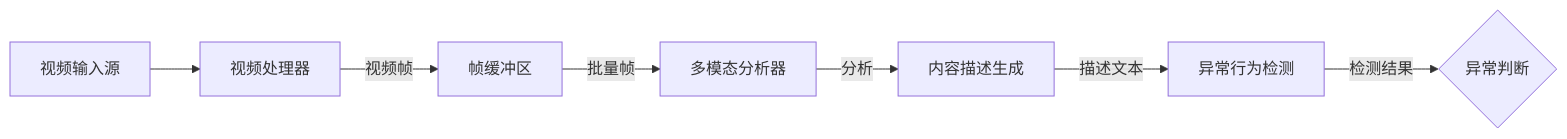
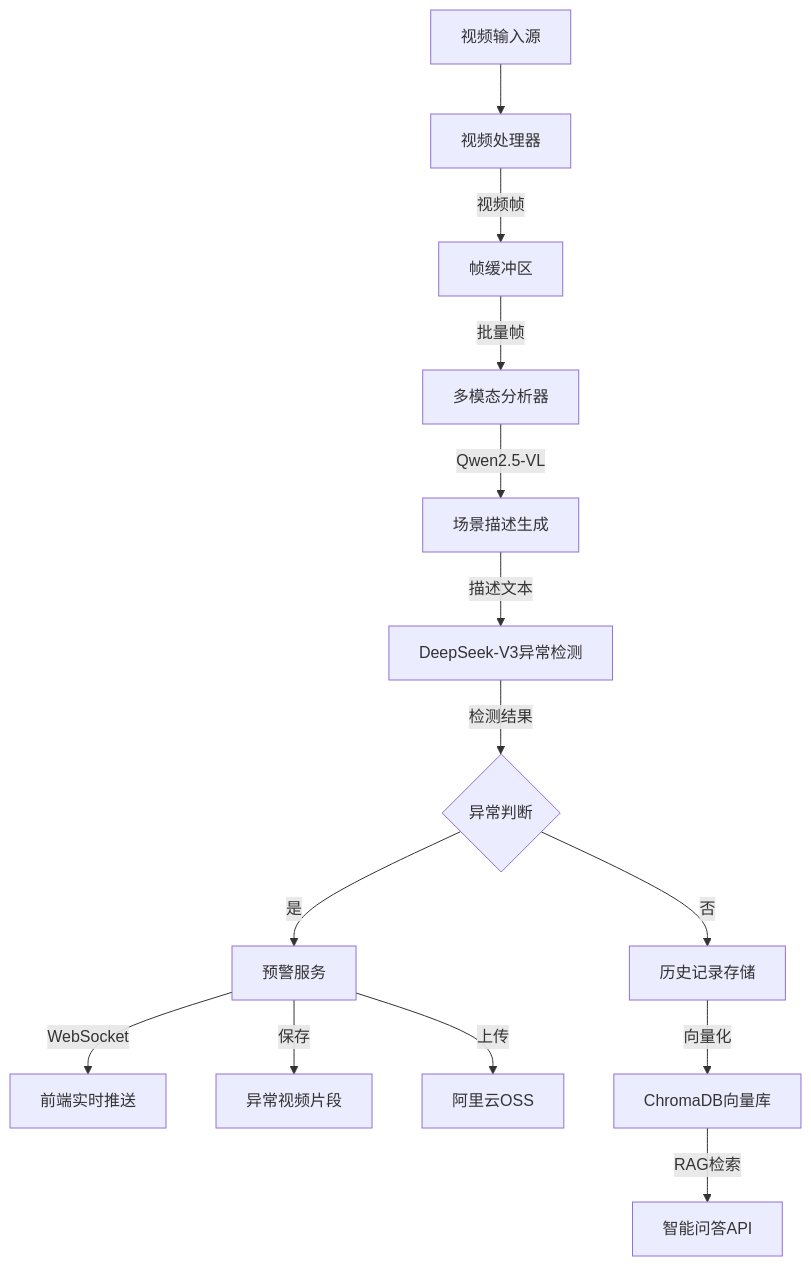
Before and after one commit to li-longjie/AI_Watch_Dog: the second of 3 diagrams in readme.md, drawn with Mermaid. The commit also changed other lines of this file and 115 other files, not shown here.

````diff
--- a/readme.md
+++ b/readme.md
@@ -13,9 +83,18 @@
 ```mermaid
-graph LR
+graph TB
     A[视频输入源] --> B[视频处理器]
     B -->|视频帧| C[帧缓冲区]
     C -->|批量帧| D[多模态分析器]
-    D -->|分析| E[内容描述生成]
-    E -->|描述文本| F[异常行为检测]
+    D -->|Qwen2.5-VL| E[场景描述生成]
+    E -->|描述文本| F[DeepSeek-V3异常检测]
     F -->|检测结果| G{异常判断}
+    G -->|是| H[预警服务]
+    G -->|否| I[历史记录存储]
+    
+    H -->|WebSocket| J[前端实时推送]
+    H -->|保存| K[异常视频片段]
+    H -->|上传| L[阿里云OSS]
+    
+    I -->|向量化| M[ChromaDB向量库]
+    M -->|RAG检索| N[智能问答API]
 ```
````
